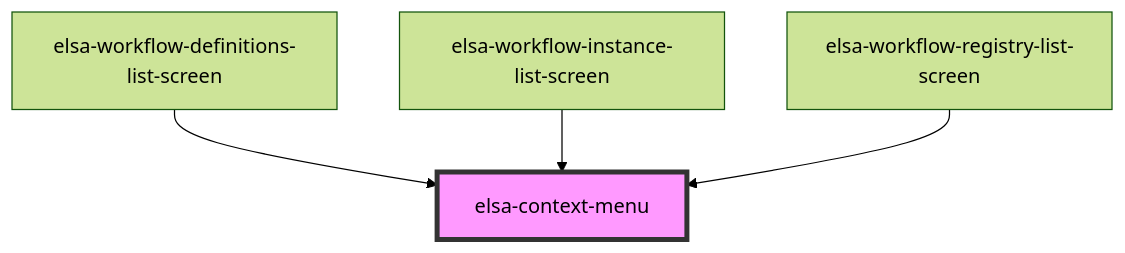
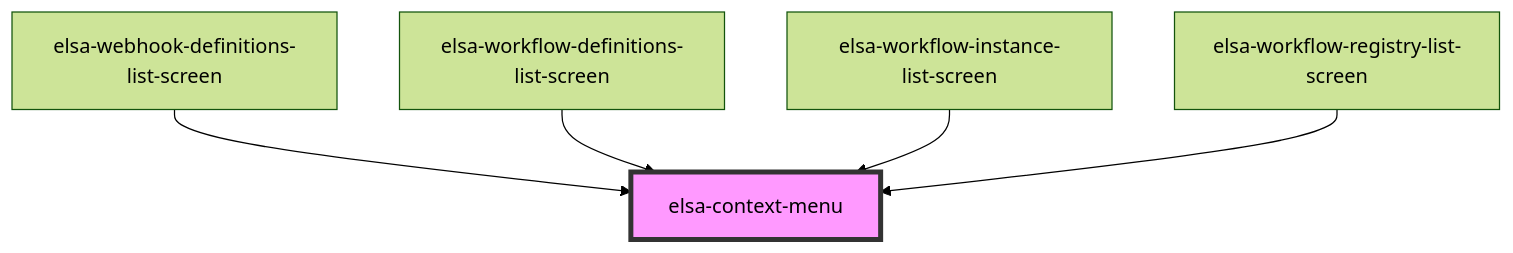
Before and after one commit to elsa-workflows/elsa-core: the diagram in src/designer/elsa-workflows-studio/src/components/controls/elsa-context-menu/readme.md, drawn with Mermaid (forest theme). The commit also changed other lines of this file and 89 other files, not shown here.

````diff
--- a/src/designer/elsa-workflows-studio/src/components/controls/elsa-context-menu/readme.md
+++ b/src/designer/elsa-workflows-studio/src/components/controls/elsa-context-menu/readme.md
@@ -25,7 +26,8 @@
 ```mermaid
 graph TD;
+  elsa-webhook-definitions-list-screen --> elsa-context-menu
   elsa-workflow-definitions-list-screen --> elsa-context-menu
   elsa-workflow-instance-list-screen --> elsa-context-menu
   elsa-workflow-registry-list-screen --> elsa-context-menu
   style elsa-context-menu fill:#f9f,stroke:#333,stroke-width:4px
 ```
````
